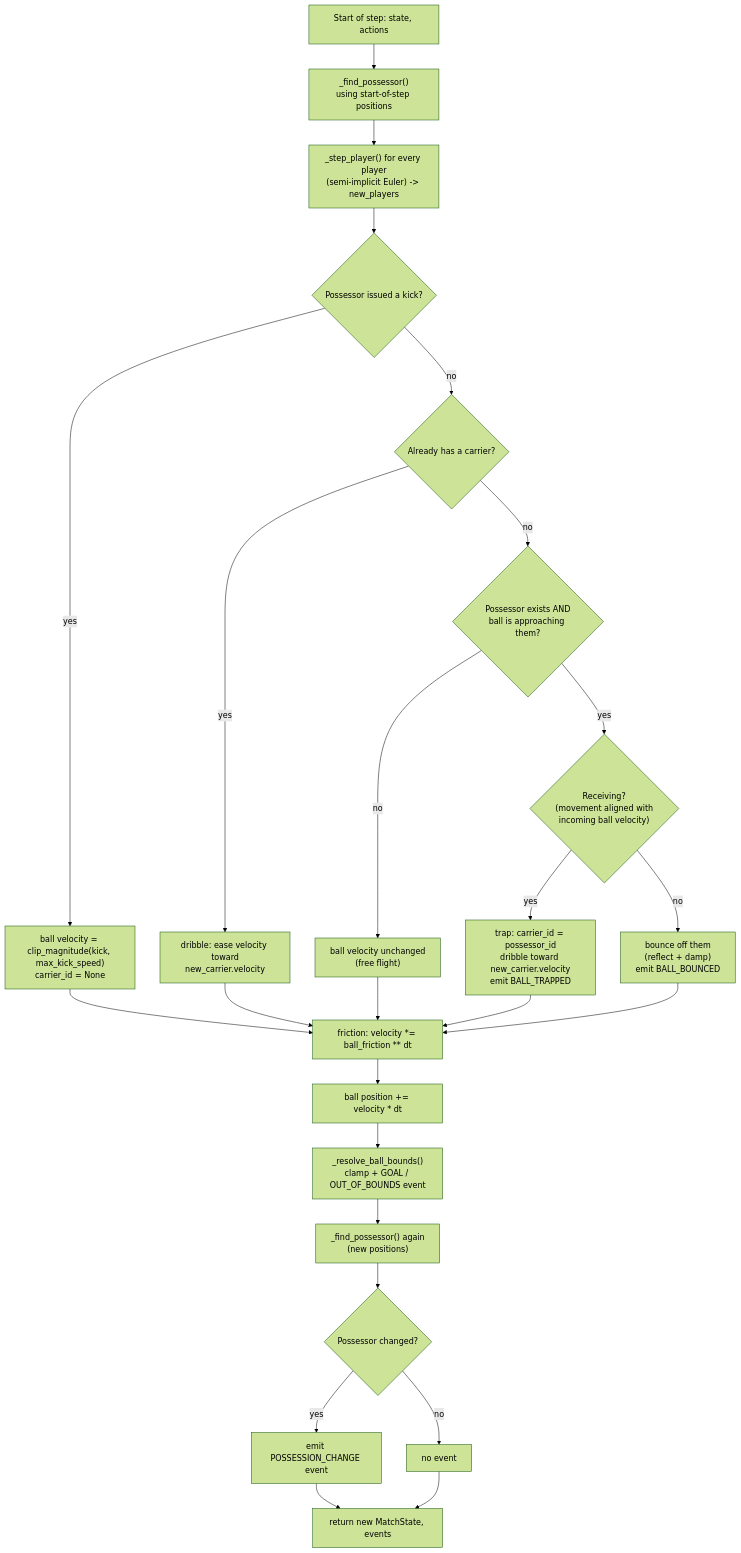
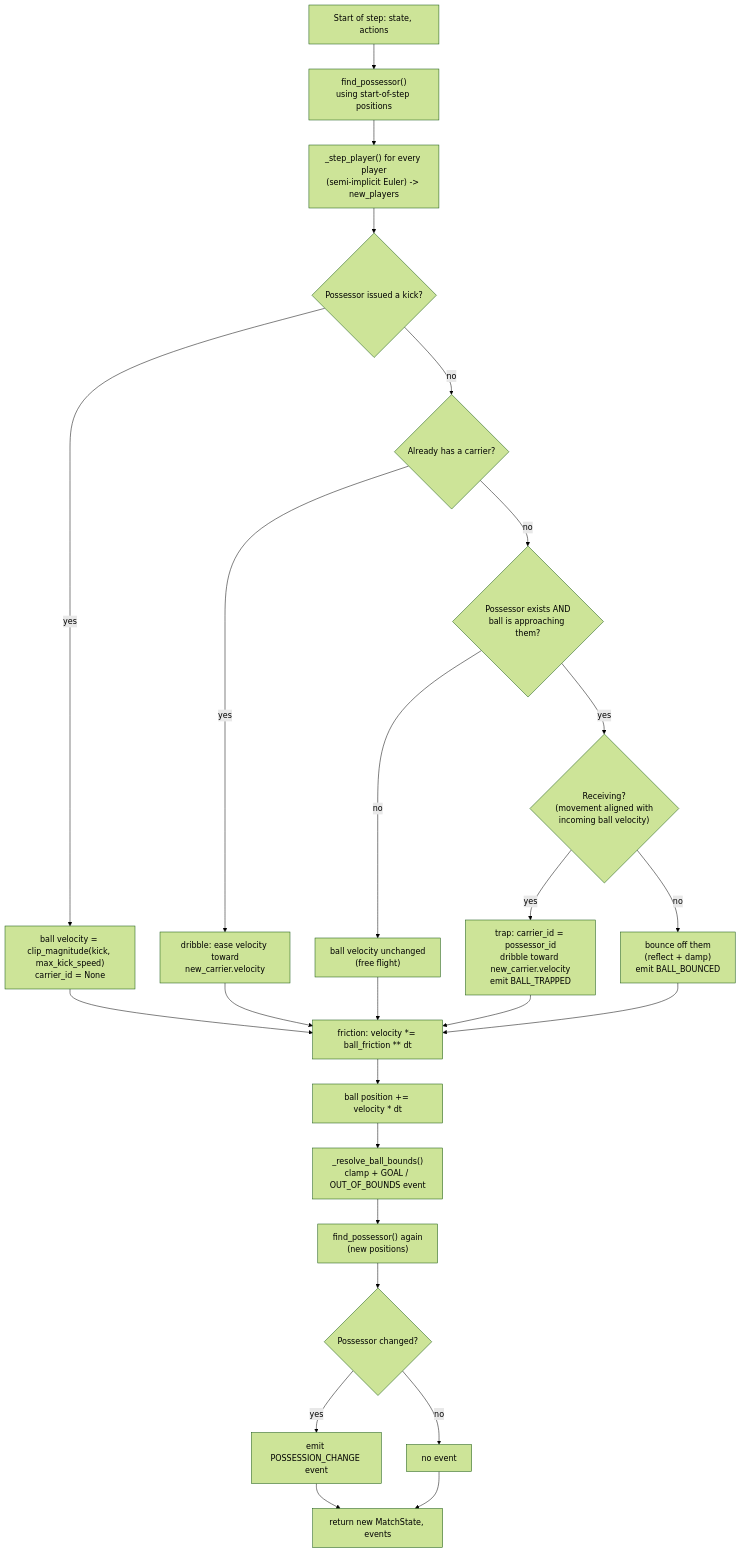
One commit to guivecchi/soccer_simulation changed the second of 2 diagrams in docs/stages/stage1-concepts.md. Above: the diagram before and after it, drawn with Mermaid (forest theme). The commit also changed other lines of this file and 16 other files, not shown here.

````diff
--- a/docs/stages/stage1-concepts.md
+++ b/docs/stages/stage1-concepts.md
@@ -123,27 +123,27 @@
 ```mermaid
 flowchart TD
-    A["Start of step: state, actions"] --> B["_find_possessor()\nusing start-of-step positions"]
+    A["Start of step: state, actions"] --> B["find_possessor()\nusing start-of-step positions"]
     B --> S["_step_player() for every player\n(semi-implicit Euler) -> new_players"]
     S --> C{"Possessor issued a kick?"}
     C -- yes --> D["ball velocity = clip_magnitude(kick, max_kick_speed)\ncarrier_id = None"]
     C -- no --> E{"Already has a carrier?"}
     E -- yes --> F1["dribble: ease velocity toward\nnew_carrier.velocity"]
     E -- no --> G{"Possessor exists AND\nball is approaching them?"}
     G -- no --> H1["ball velocity unchanged\n(free flight)"]
     G -- yes --> I2{"Receiving?\n(movement aligned with\nincoming ball velocity)"}
     I2 -- yes --> J2["trap: carrier_id = possessor_id\ndribble toward new_carrier.velocity\nemit BALL_TRAPPED"]
     I2 -- no --> K2["bounce off them\n(reflect + damp)\nemit BALL_BOUNCED"]
     D --> F["friction: velocity *= ball_friction ** dt"]
     F1 --> F
     H1 --> F
     J2 --> F
     K2 --> F
     F --> Gb["ball position += velocity * dt"]
     Gb --> H["_resolve_ball_bounds()\nclamp + GOAL / OUT_OF_BOUNDS event"]
-    H --> J["_find_possessor() again\n(new positions)"]
+    H --> J["find_possessor() again\n(new positions)"]
     J --> K{"Possessor changed?"}
     K -- yes --> L["emit POSSESSION_CHANGE event"]
     K -- no --> M["no event"]
     L --> N["return new MatchState, events"]
     M --> N
 ```
````
